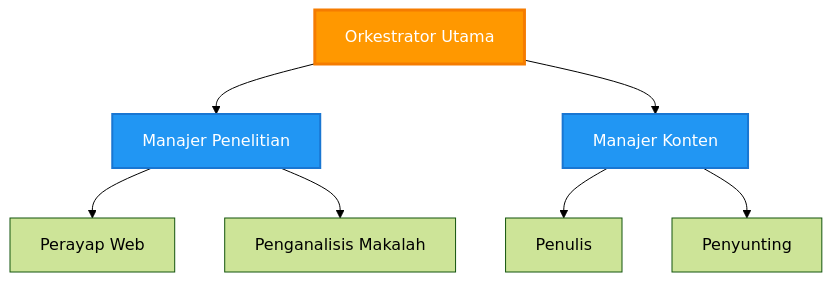
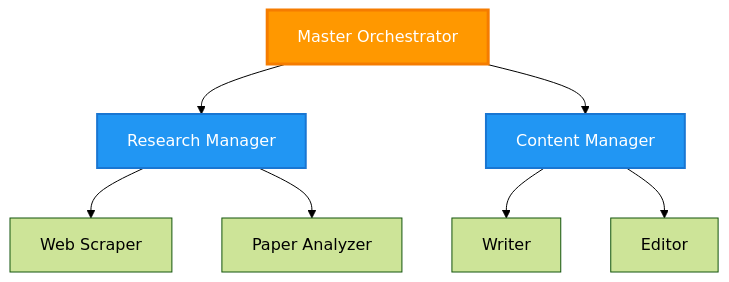
Before and after one commit to microsoft/AZD-for-beginners: the fourth of 7 diagrams in translations/id/docs/chapter-06-pre-deployment/coordination-patterns.md, drawn with Mermaid (forest theme). The commit also changed other lines of this file and 167 other files, not shown here.

````diff
--- a/translations/id/docs/chapter-06-pre-deployment/coordination-patterns.md
+++ b/translations/id/docs/chapter-06-pre-deployment/coordination-patterns.md
@@ -143,21 +146,21 @@
 ```mermaid
 graph TB
-    Master[Orkestrator Utama]
-    Manager1[Manajer Penelitian]
-    Manager2[Manajer Konten]
-    W1[Perayap Web]
-    W2[Penganalisis Makalah]
-    W3[Penulis]
-    W4[Penyunting]
+    Master[Master Orchestrator]
+    Manager1[Research Manager]
+    Manager2[Content Manager]
+    W1[Web Scraper]
+    W2[Paper Analyzer]
+    W3[Writer]
+    W4[Editor]
     
     Master --> Manager1
     Master --> Manager2
     Manager1 --> W1
     Manager1 --> W2
     Manager2 --> W3
     Manager2 --> W4
     
     style Master fill:#FF9800,stroke:#F57C00,stroke-width:3px,color:#fff
     style Manager1 fill:#2196F3,stroke:#1976D2,stroke-width:2px,color:#fff
     style Manager2 fill:#2196F3,stroke:#1976D2,stroke-width:2px,color:#fff
 ```
````
